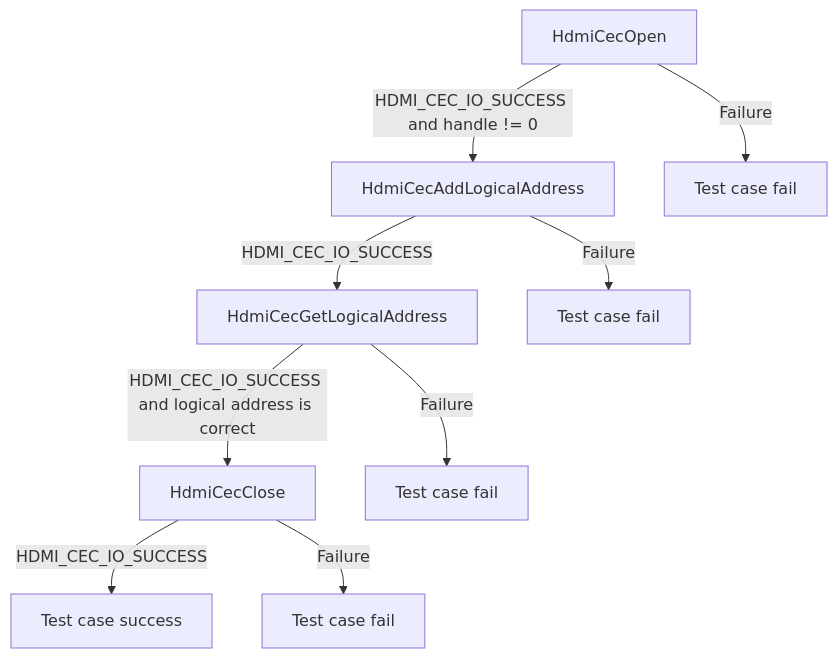
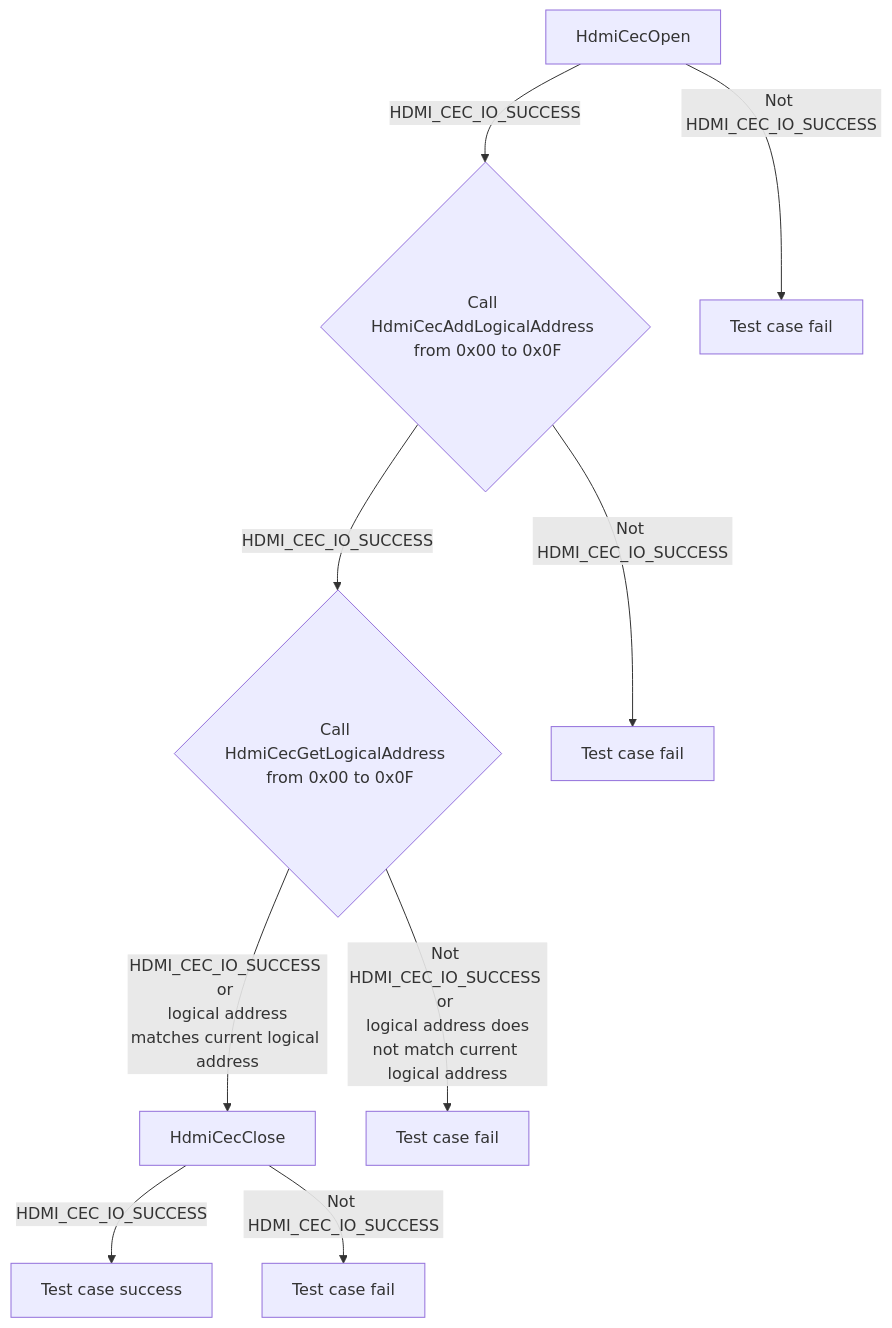
Before and after one commit to rdkcentral/rdk-halif-test-hdmi_cec: the second of 6 diagrams in docs/pages/l2_hdmi_cec_driver_test_specification.md, drawn with Mermaid. The commit also changed other lines of this file and 4 other files, not shown here.

Commit message:
L2 Tests for HDMI CEC Generate L2 tests for the updated  HL spec and Interface file

````diff
--- a/docs/pages/l2_hdmi_cec_driver_test_specification.md
+++ b/docs/pages/l2_hdmi_cec_driver_test_specification.md
@@ -125,11 +125,11 @@
 ```mermaid
 graph TB
-A[HdmiCecOpen] -->|HDMI_CEC_IO_SUCCESS and handle != 0| B[HdmiCecAddLogicalAddress]
-A -->|Failure| A1[Test case fail]
-B -->|HDMI_CEC_IO_SUCCESS| C[HdmiCecGetLogicalAddress]
-B -->|Failure| B1[Test case fail]
-C -->|HDMI_CEC_IO_SUCCESS and logical address is correct| D[HdmiCecClose]
-C -->|Failure| C1[Test case fail]
-D -->|HDMI_CEC_IO_SUCCESS| E[Test case success]
-D -->|Failure| D1[Test case fail]
+A[HdmiCecOpen] -- "HDMI_CEC_IO_SUCCESS" --> B{Call HdmiCecAddLogicalAddress <br> from 0x00 to 0x0F}
+A -- "Not HDMI_CEC_IO_SUCCESS" --> A1[Test case fail]
+B -- "HDMI_CEC_IO_SUCCESS" --> C{Call HdmiCecGetLogicalAddress <br> from 0x00 to 0x0F}
+B -- "Not HDMI_CEC_IO_SUCCESS" --> B1[Test case fail]
+C -- "HDMI_CEC_IO_SUCCESS or <br> logical address matches current logical address" --> D[HdmiCecClose]
+C -- "Not HDMI_CEC_IO_SUCCESS or <br> logical address does not match current logical address" --> C1[Test case fail]
+D -- "HDMI_CEC_IO_SUCCESS" --> E[Test case success]
+D -- "Not HDMI_CEC_IO_SUCCESS" --> D1[Test case fail]
 ```
````
